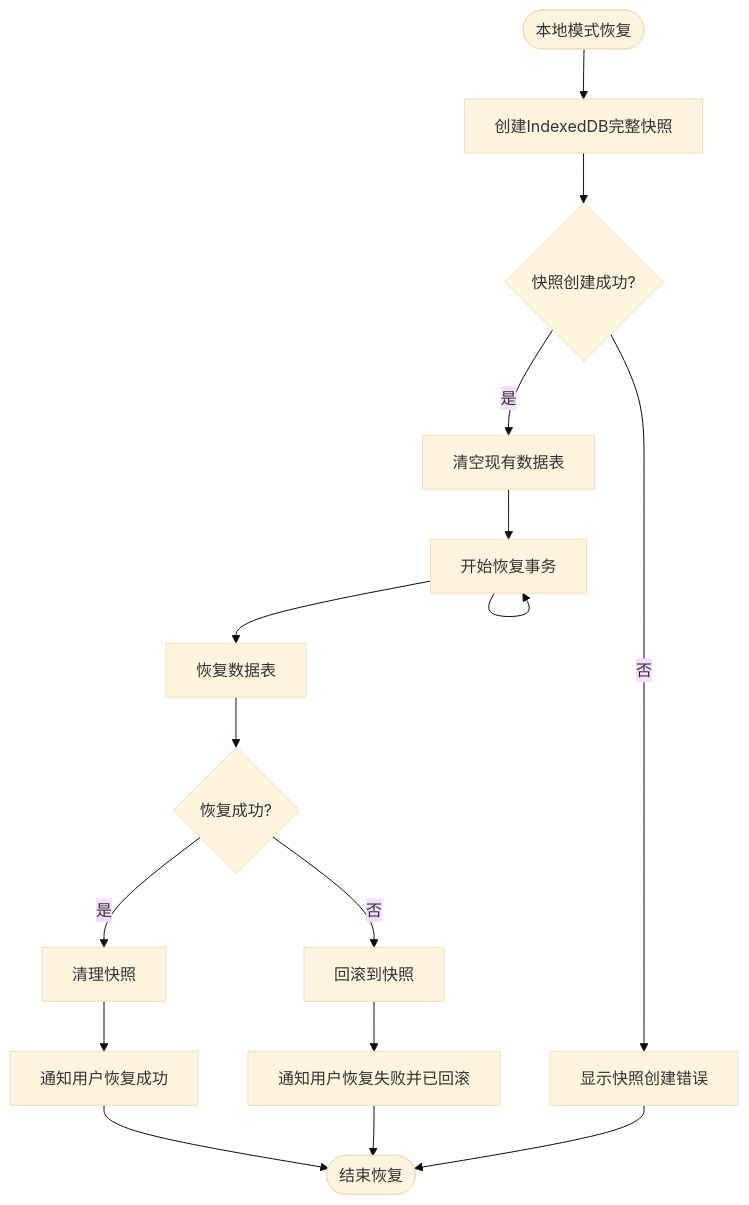
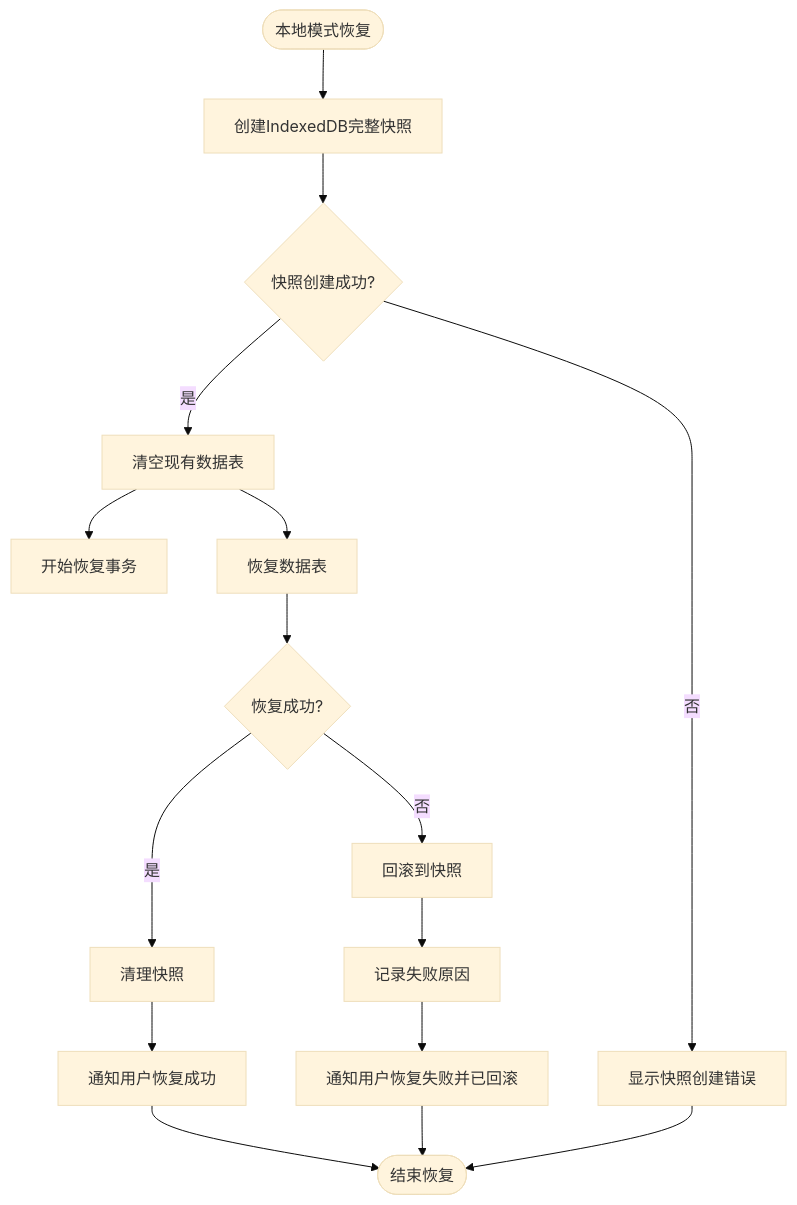
Before and after one commit to yingjianzh/iodraw-files: the diagram in all/未命名-53.md, drawn with Mermaid (base theme).

Commit message:
2025-05-09 17:16:04 update

````diff
--- a/all/未命名-53.md
+++ b/all/未命名-53.md
@@ -1,25 +1,25 @@
 ```mermaid
 flowchart TD
     Start([本地模式恢复]) --> CreateSnapshot[创建IndexedDB完整快照]
     CreateSnapshot --> SnapshotCreated{快照创建成功?}
     
     SnapshotCreated -->|否| ShowSnapshotError[显示快照创建错误]
     SnapshotCreated -->|是| ClearExistingData[清空现有数据表]
     
     ClearExistingData --> BeginTransaction[开始恢复事务]
-    BeginTransaction -->
-    BeginTransaction --> RestoreDataTables[恢复数据表]
+    ClearExistingData --> RestoreDataTables[恢复数据表]
     
     RestoreDataTables --> Success{恢复成功?}
     Success -->|是| CleanupSnapshot[清理快照]
     Success -->|否| RollbackChanges[回滚到快照]
     
     
-    RollbackChanges --> NotifyFailure[通知用户恢复失败并已回滚]
+    RollbackChanges --> LogFailure[记录失败原因]
     
     CleanupSnapshot --> NotifySuccess[通知用户恢复成功]
+    LogFailure --> NotifyFailure[通知用户恢复失败并已回滚]
     
     NotifySuccess --> End([结束恢复])
     NotifyFailure --> End
     ShowSnapshotError --> End
 ```
````
